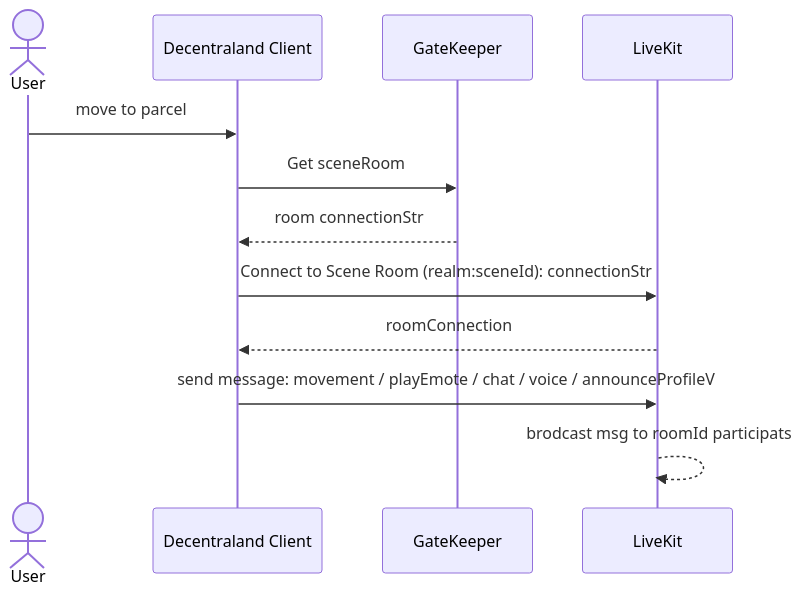
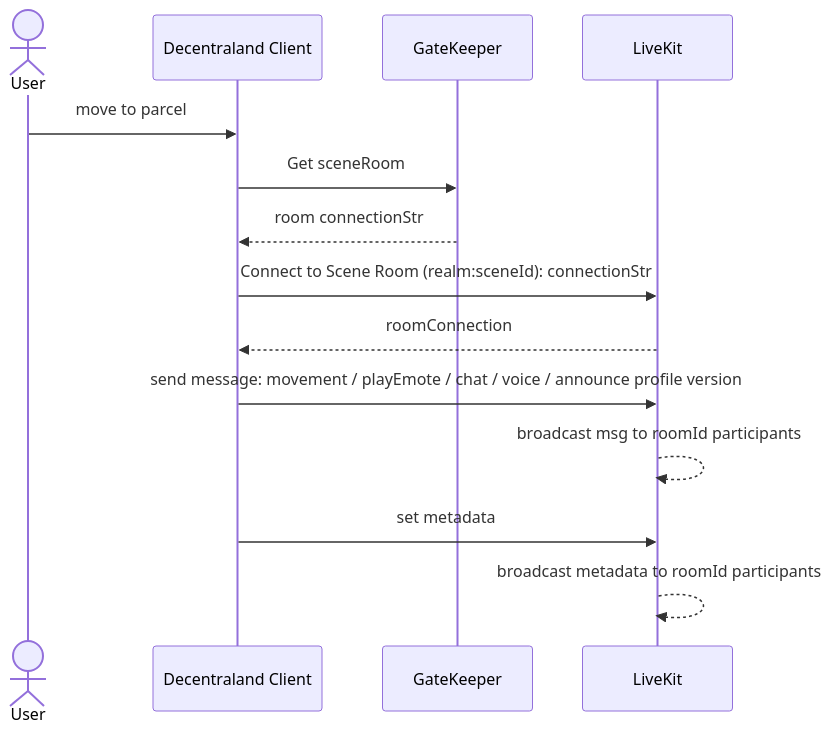
Before and after one commit to decentraland/adr: the fourth of 7 diagrams in content/ADR-204-comms-architecture.md, drawn with Mermaid. The commit also changed other lines of this file, not shown here.

First line of the commit message:
Describe Protocol Messages and Metadata

````diff
--- a/content/ADR-204-comms-architecture.md
+++ b/content/ADR-204-comms-architecture.md
@@ -203,15 +205,17 @@
 ```mermaid
 sequenceDiagram
 actor User
 participant C as Decentraland Client
 participant G as GateKeeper 
 participant L as LiveKit 
 
   User->>C: move to parcel 
 	C->>G: Get sceneRoom 
 	G-->>C: room connectionStr
 	C->>L: Connect to Scene Room (realm:sceneId): connectionStr
 	L-->>C: roomConnection 
-	C->>L: send message: movement / playEmote / chat / voice / announceProfileV
-	L-->>L: brodcast msg to roomId participats 
+	C->>L: send message: movement / playEmote / chat / voice / announce profile version
+	L-->>L: broadcast msg to roomId participants
+    C->>L: set metadata
+    L-->>L: broadcast metadata to roomId participants 
 ```
````
